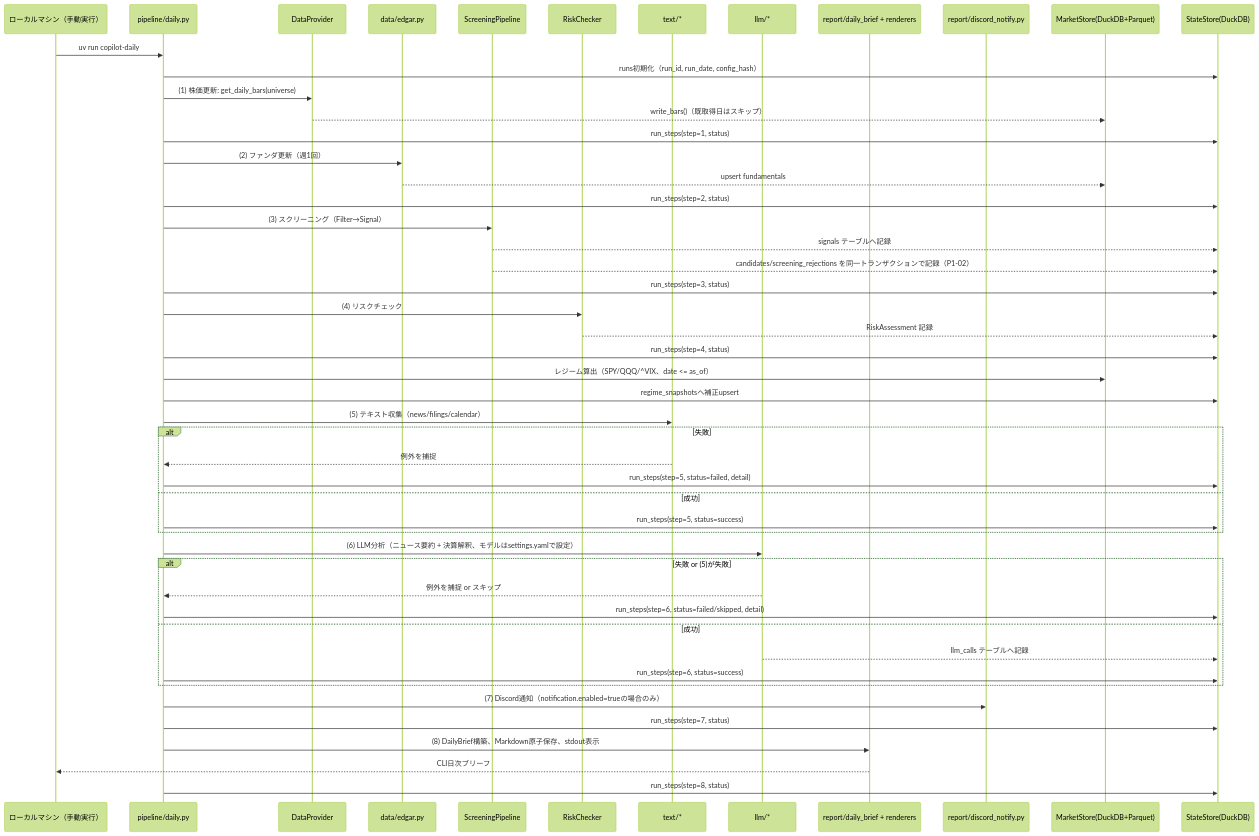
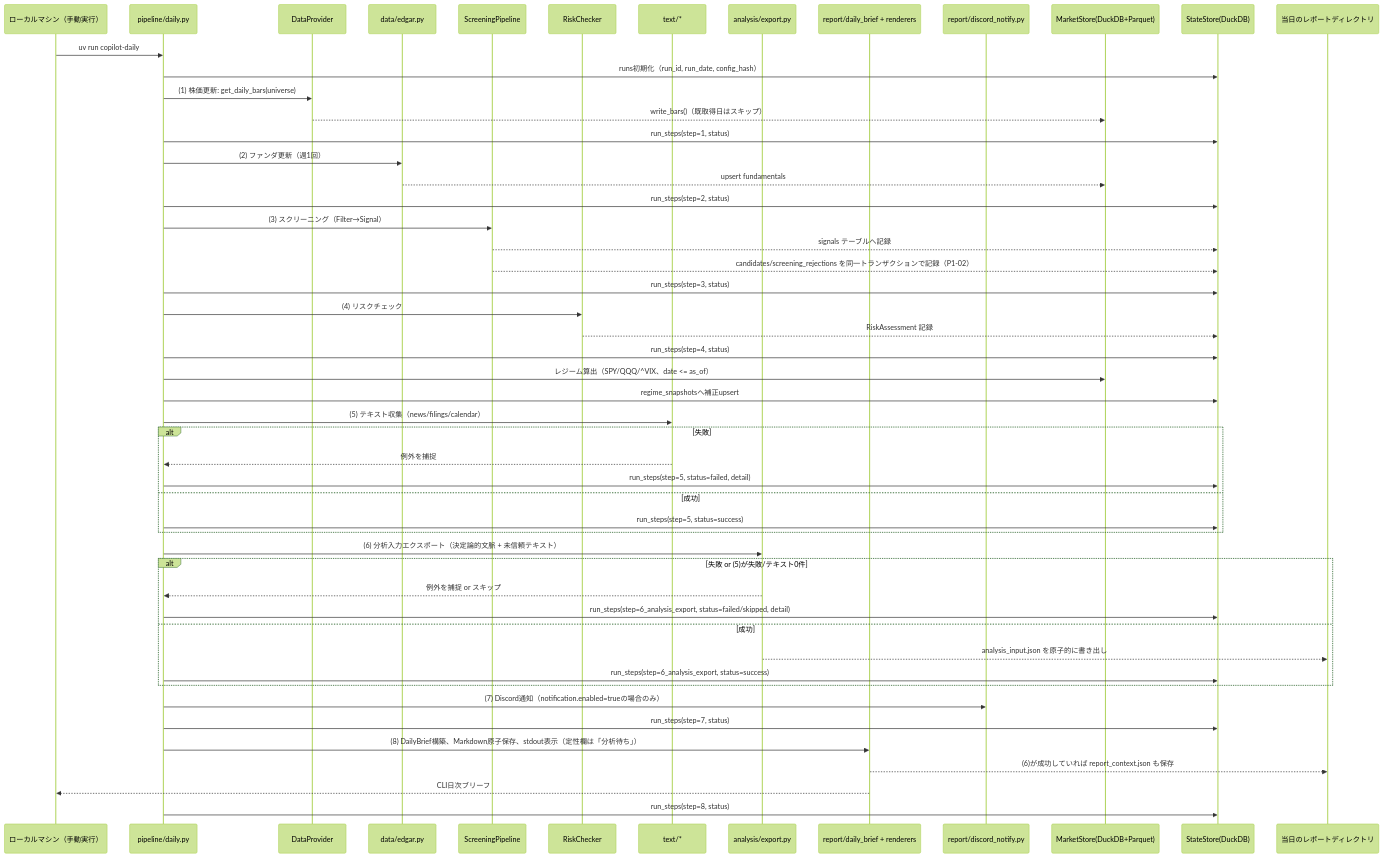
Before and after one commit to tomada1114/swing-copilot: the second of 3 diagrams in docs/03_basic_design.md, drawn with Mermaid (forest theme). The commit also changed other lines of this file and 75 other files, not shown here.

First line of the commit message:
feat(analysis): LLM API統合をClaude Codeスキル連携の境界へ移行 (#53)

````diff
--- a/docs/03_basic_design.md
+++ b/docs/03_basic_design.md
@@ -147,62 +171,64 @@
 ```mermaid
 sequenceDiagram
     participant Local as ローカルマシン（手動実行）
     participant D as pipeline/daily.py
     participant DP as DataProvider
     participant EDG as data/edgar.py
     participant SCR as ScreeningPipeline
     participant RC as RiskChecker
     participant TXT as text/*
-    participant LLM as llm/*
+    participant EXP as analysis/export.py
     participant OUT as report/daily_brief + renderers
     participant DC as report/discord_notify.py
     participant MS as MarketStore(DuckDB+Parquet)
     participant ST as StateStore(DuckDB)
+    participant FS as 当日のレポートディレクトリ
 
     Local->>D: uv run copilot-daily
     D->>ST: runs初期化（run_id, run_date, config_hash）
 
     D->>DP: (1) 株価更新: get_daily_bars(universe)
     DP-->>MS: write_bars()（既取得日はスキップ）
     D->>ST: run_steps(step=1, status)
 
     D->>EDG: (2) ファンダ更新（週1回）
     EDG-->>MS: upsert fundamentals
     D->>ST: run_steps(step=2, status)
 
     D->>SCR: (3) スクリーニング（Filter→Signal）
     SCR-->>ST: signals テーブルへ記録
     SCR-->>ST: candidates/screening_rejections を同一トランザクションで記録（P1-02）
     D->>ST: run_steps(step=3, status)
 
     D->>RC: (4) リスクチェック
     RC-->>ST: RiskAssessment 記録
     D->>ST: run_steps(step=4, status)
 
     D->>MS: レジーム算出（SPY/QQQ/^VIX、date <= as_of）
     D->>ST: regime_snapshotsへ補正upsert
 
     D->>TXT: (5) テキスト収集（news/filings/calendar）
     alt 失敗
         TXT-->>D: 例外を捕捉
         D->>ST: run_steps(step=5, status=failed, detail)
     else 成功
         D->>ST: run_steps(step=5, status=success)
     end
 
-    D->>LLM: (6) LLM分析（ニュース要約 + 決算解釈、モデルはsettings.yamlで設定）
-    alt 失敗 or (5)が失敗
-        LLM-->>D: 例外を捕捉 or スキップ
-        D->>ST: run_steps(step=6, status=failed/skipped, detail)
+    D->>EXP: (6) 分析入力エクスポート（決定論的文脈 + 未信頼テキスト）
+    alt 失敗 or (5)が失敗/テキスト0件
+        EXP-->>D: 例外を捕捉 or スキップ
+        D->>ST: run_steps(step=6_analysis_export, status=failed/skipped, detail)
     else 成功
-        LLM-->>ST: llm_calls テーブルへ記録
-        D->>ST: run_steps(step=6, status=success)
+        EXP-->>FS: analysis_input.json を原子的に書き出し
+        D->>ST: run_steps(step=6_analysis_export, status=success)
     end
 
     D->>DC: (7) Discord通知（notification.enabled=trueの場合のみ）
     D->>ST: run_steps(step=7, status)
 
-    D->>OUT: (8) DailyBrief構築、Markdown原子保存、stdout表示
+    D->>OUT: (8) DailyBrief構築、Markdown原子保存、stdout表示（定性欄は「分析待ち」）
+    OUT-->>FS: (6)が成功していれば report_context.json も保存
     OUT-->>Local: CLI日次ブリーフ
     D->>ST: run_steps(step=8, status)
 ```
````
